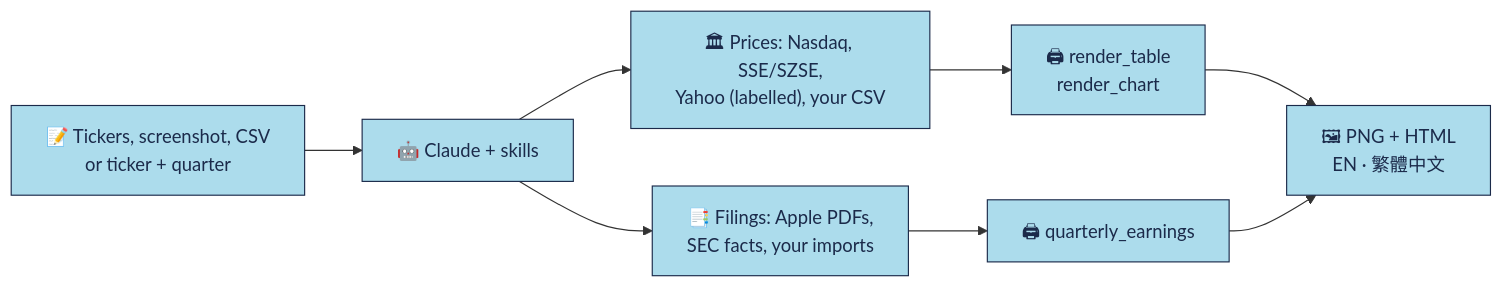
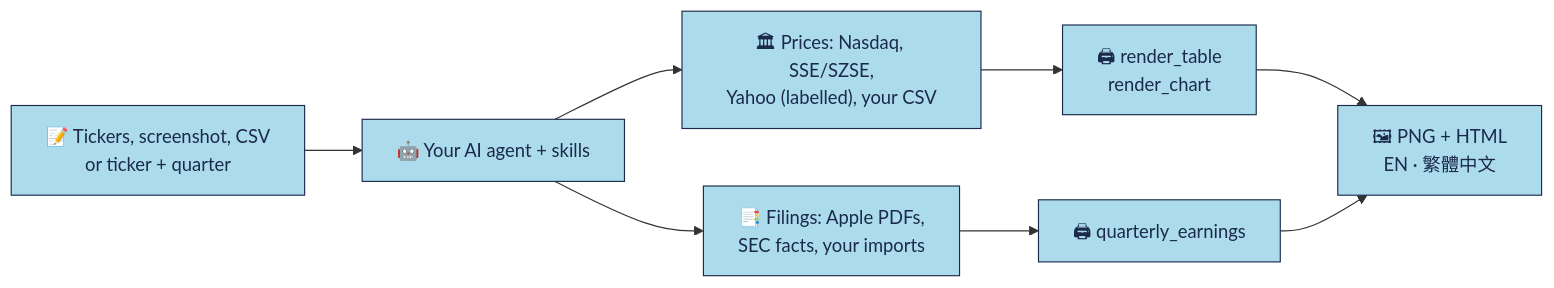
One commit to imoneys10k/schwab-table changed the diagram in README.md. Above: the diagram before and after it, drawn with Mermaid. The commit also changed other lines of this file and 11 other files, not shown here.

First line of the commit message:
Docs: present the skills as agent-agnostic, not Claude-only

````diff
--- a/README.md
+++ b/README.md
@@ -39,12 +39,12 @@
 ```mermaid
 flowchart LR
-  A["📝 Tickers, screenshot, CSV<br/>or ticker + quarter"] --> B["🤖 Claude + skills"]
+  A["📝 Tickers, screenshot, CSV<br/>or ticker + quarter"] --> B["🤖 Your AI agent + skills"]
   B --> C["🏛 Prices: Nasdaq, SSE/SZSE,<br/>Yahoo (labelled), your CSV"]
   B --> F["📑 Filings: Apple PDFs,<br/>SEC facts, your imports"]
   C --> D["🖨 render_table<br/>render_chart"]
   F --> G["🖨 quarterly_earnings"]
   D --> E["🖼 PNG + HTML<br/>EN · 繁體中文"]
   G --> E
   classDef n fill:#ACDCEC,stroke:#1B2A4A,color:#1B2A4A,stroke-width:1px;
   class A,B,C,D,E,F,G n;
 ```
````
